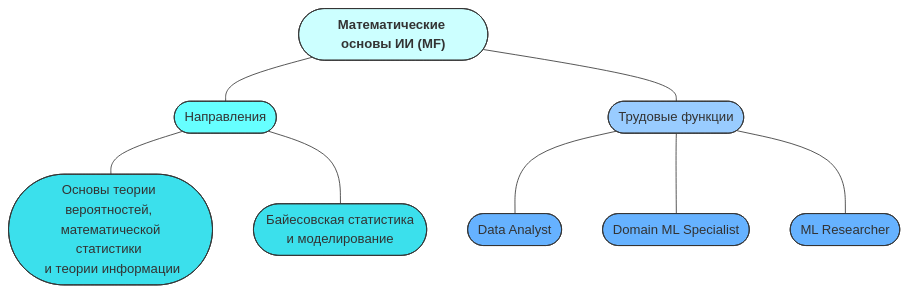
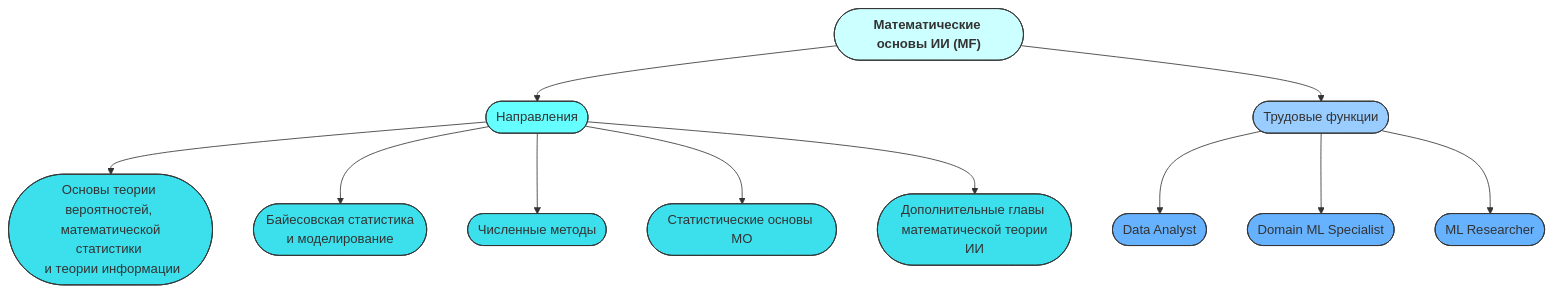
One commit to aimclub/ai-competency-model changed the first of 2 diagrams in README.md. Above: the diagram before and after it, drawn with Mermaid.

````diff
--- a/README.md
+++ b/README.md
@@ -3,21 +3,30 @@
 ```mermaid
 graph TD;
 classDef areaMathStyle fill:#CCFFFF,stroke:#333,stroke-width:1px
 classDef areasMath fill:#66FFFF,stroke:#333,stroke-width:1px
 classDef jobsMath fill:#99CCFF,stroke:#333,stroke-width:1px
 classDef aspectMathStyle fill:#3BE0EC,stroke:#333,stroke-width:1px
 classDef jobsMathStyle fill:#66B2FF,stroke:#333,stroke-width:1px
 
-AreaMath(["`**Математические основы ИИ (MF)**`"]):::areaMathStyle ---apectsMath(["Направления"]):::areasMath
-apectsMath ---MathAspect1(["Основы теории вероятностей, <br> математической статистики <br> и теории информации"]):::aspectMathStyle
-apectsMath ---MathAspect2(["Байесовская статистика <br> и моделирование"]):::aspectMathStyle
+AreaMath(["`**Математические основы ИИ (MF)**`"]):::areaMathStyle -->apectsMath(["Направления"]):::areasMath
+apectsMath -->MathAspect1(["Основы теории вероятностей, <br> математической статистики <br> и теории информации"]):::aspectMathStyle
+apectsMath -->MathAspect2(["Байесовская статистика <br> и моделирование"]):::aspectMathStyle
+apectsMath -->MathAspect3(["Численные методы"]):::aspectMathStyle
+apectsMath -->MathAspect4(["Статистические основы МО"]):::aspectMathStyle
+apectsMath -->MathAspect5(["Дополнительные главы <br> математической теории ИИ"]):::aspectMathStyle
 
-AreaMath ---jobsMath(["Трудовые функции"]):::jobsMath
-jobsMath ---MathJobsDataAnalyst(["Data Analyst"]):::jobsMathStyle
-jobsMath ---MathJobsDomainMLSpecialist(["Domain ML Specialist"]):::jobsMathStyle
-jobsMath ---MathJobsMLResearcher(["ML Researcher"]):::jobsMathStyle
+AreaMath -->jobsMath(["Трудовые функции"]):::jobsMath
+jobsMath -->MathJobsDataAnalyst(["Data Analyst"]):::jobsMathStyle
+jobsMath -->MathJobsDomainMLSpecialist(["Domain ML Specialist"]):::jobsMathStyle
+jobsMath -->MathJobsMLResearcher(["ML Researcher"]):::jobsMathStyle
+
+click MathAspect1 "https://github.com/VoidSubjucator/Competence-Bank/blob/main/Math/AIMathBasics/MathAspect1.md"
+click MathAspect2 "https://github.com/VoidSubjucator/Competence-Bank/blob/main/Math/AIMathBasics/MathAspect2.md"
+click MathAspect3 "https://github.com/VoidSubjucator/Competence-Bank/blob/main/Math/AIMathBasics/MathAspect3.md"
+click MathAspect4 "https://github.com/VoidSubjucator/Competence-Bank/blob/main/Math/AIMathBasics/MathAspect4.md"
+click MathAspect5 "https://github.com/VoidSubjucator/Competence-Bank/blob/main/Math/AIMathBasics/MathAspect5.md"
 
 click MathJobsDataAnalyst "https://github.com/VoidSubjucator/Competence-Bank/blob/main/Math/AIMathBasics/DataAnalyst.md"
 click MathJobsDomainMLSpecialist "https://github.com/VoidSubjucator/Competence-Bank/blob/main/Math/AIMathBasics/DomainMLSpecialist.md"
 click MathJobsMLResearcher "https://github.com/VoidSubjucator/Competence-Bank/blob/main/Math/AIMathBasics/MLResearcher.md"
 ```
````
